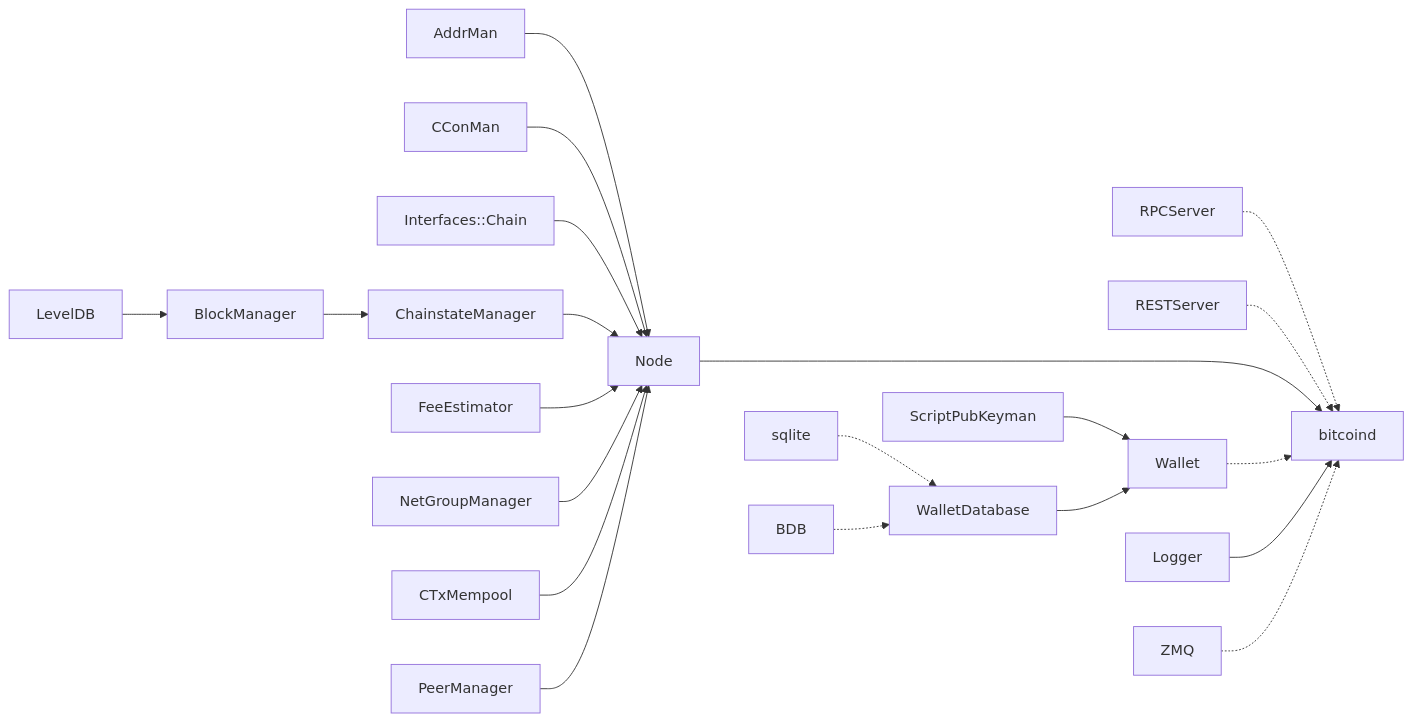
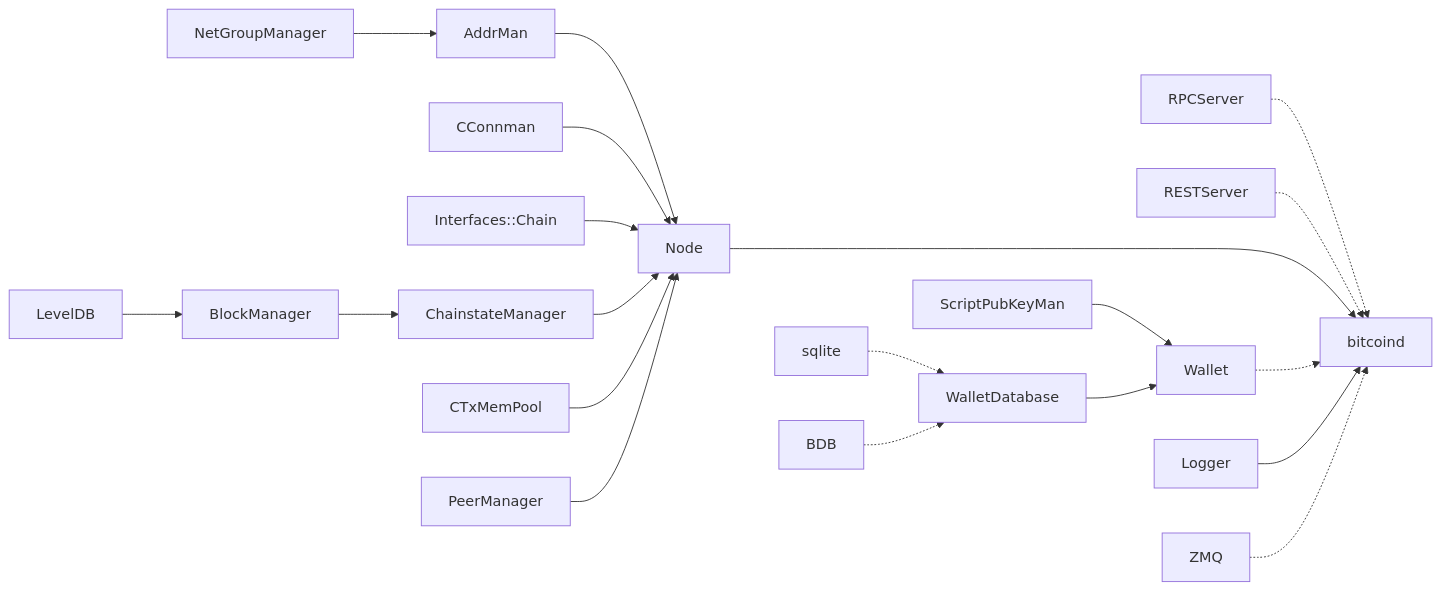
The first of 5 diagrams in 02_architecture.adoc (chaincodelabs/onboarding-to-bitcoin-core), drawn with Mermaid before and after one commit. The commit also changed other lines of this file and 2 other files, not shown here.

Commit message:
Update architecture flowcharts, add tables

```diff
--- a/02_architecture.adoc
+++ b/02_architecture.adoc
@@ -9,25 +10,24 @@
 [mermaid, target=bitcoind-overview, format=svg]
 ....
 flowchart LR
     bitcoind
     RPCServer -.-> bitcoind
     RESTServer -.-> bitcoind
     Node -----> bitcoind
     AddrMan --> Node
-    CConMan --> Node
+    CConnman --> Node
     Interfaces::Chain --> Node
     ChainstateManager --> Node
-    FeeEstimator --> Node
-    NetGroupManager --> Node
-    CTxMempool --> Node
+    NetGroupManager --> AddrMan
+    CTxMemPool --> Node
     PeerManager --> Node
     Wallet -.-> bitcoind
-    ScriptPubKeyman --> Wallet
+    ScriptPubKeyMan --> Wallet
     WalletDatabase --> Wallet
     sqlite -.-> WalletDatabase
     BDB -.-> WalletDatabase
     Logger --> bitcoind
     ZMQ -.-> bitcoind
     BlockManager --> ChainstateManager
     LevelDB --> BlockManager
 ....
```
